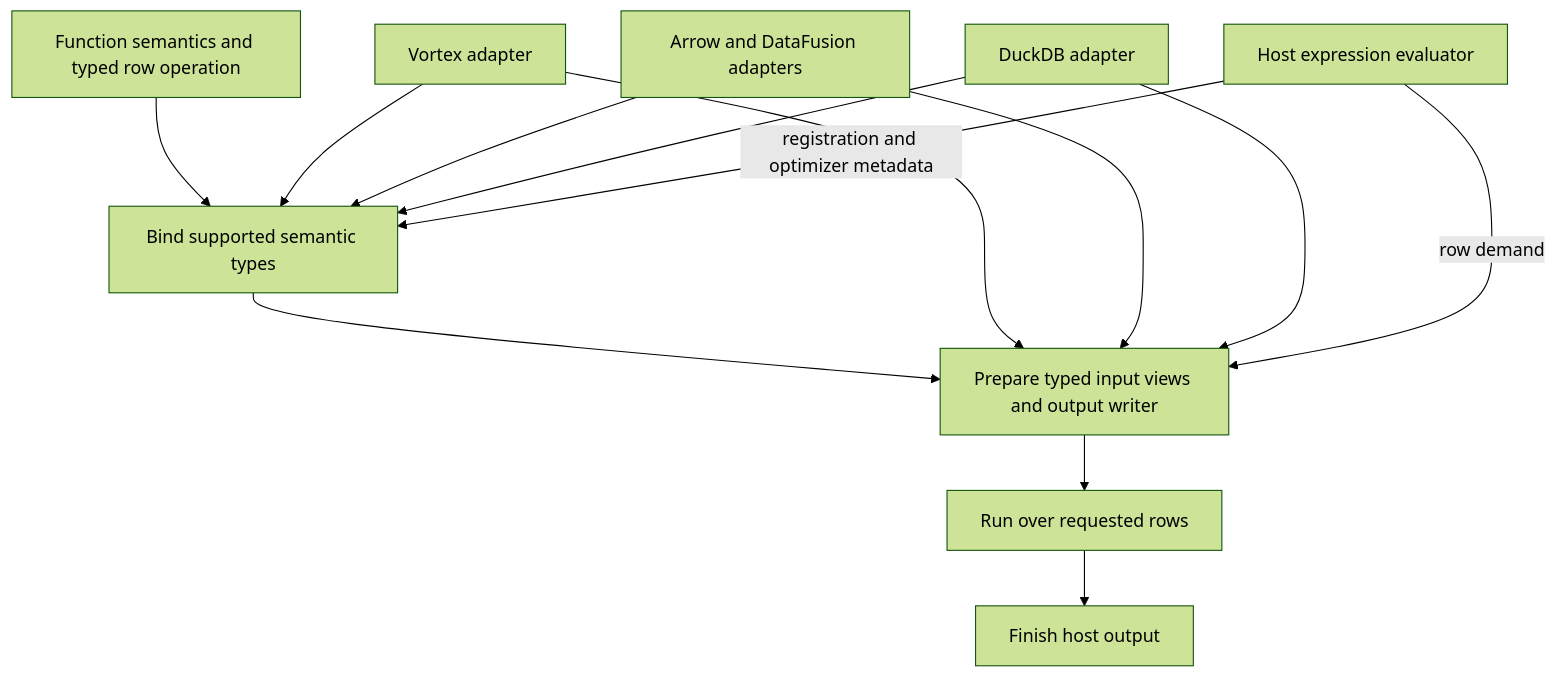
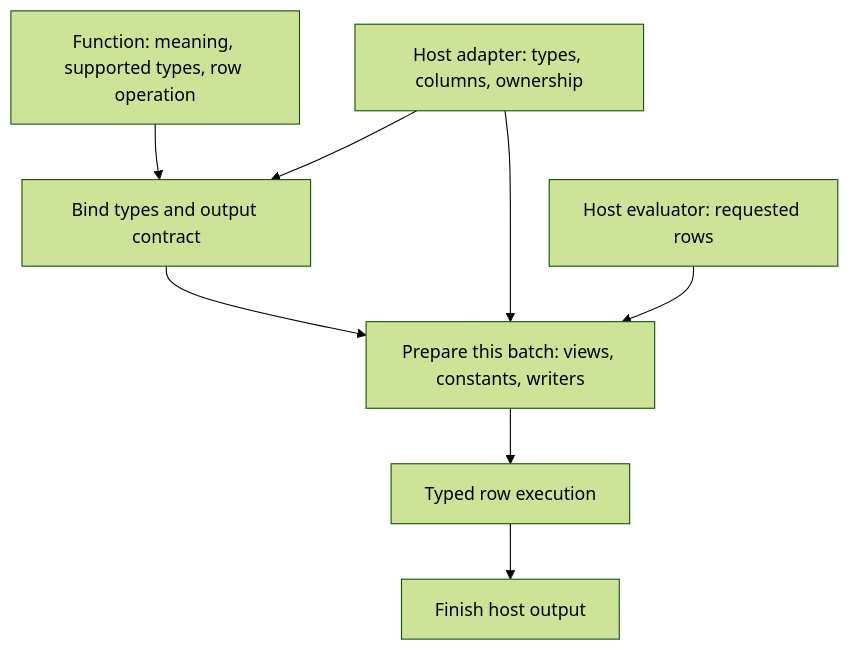
One commit to vortex-data/vortex changed the diagram in research/row-fn-engine/architecture.md. Above: the diagram before and after it, drawn with Mermaid (forest theme). The commit also changed other lines of this file and 25 other files, not shown here.

````diff
--- a/research/row-fn-engine/architecture.md
+++ b/research/row-fn-engine/architecture.md
@@ -31,15 +17,10 @@
 ```mermaid
 flowchart TD
-    F[Function semantics and typed row operation] --> B[Bind supported semantic types]
-    B --> P[Prepare typed input views and output writer]
-    P --> R[Run over requested rows]
+    F[Function: meaning, supported types, row operation] --> B[Bind types and output contract]
+    H[Host adapter: types, columns, ownership] --> B
+    B --> P[Prepare this batch: views, constants, writers]
+    H --> P
+    E[Host evaluator: requested rows] --> P
+    P --> R[Typed row execution]
     R --> O[Finish host output]
-    V[Vortex adapter] --> B
-    A[Arrow and DataFusion adapters] --> B
-    D[DuckDB adapter] --> B
-    V --> P
-    A --> P
-    D --> P
-    Q[Host expression evaluator] -->|row demand| P
-    Q -->|registration and optimizer metadata| B
 ```
````
